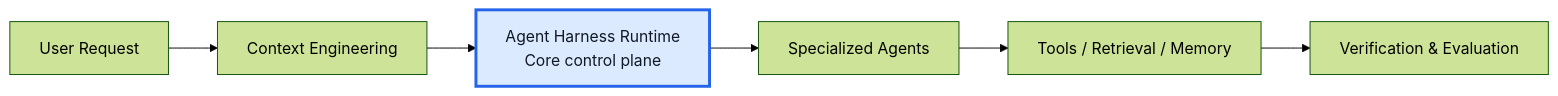
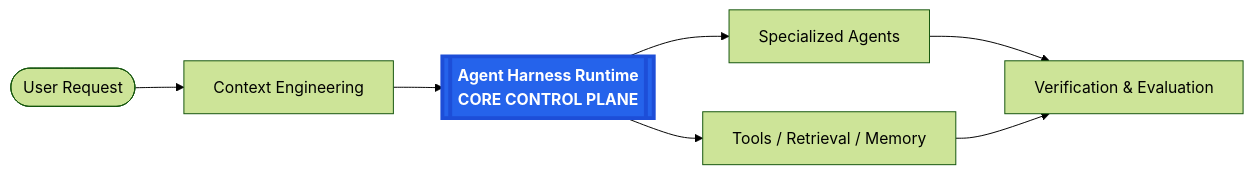
Before and after one commit to young-svg/medagent-harness: the diagram in README.md, drawn with Mermaid (forest theme). The commit also changed 1 other file, not shown here.

Commit message:
Improve architecture diagram layout

````diff
--- a/README.md
+++ b/README.md
@@ -15,14 +15,18 @@
 ```mermaid
 flowchart LR
-    REQUEST["User Request"]
+    REQUEST(["User Request"])
     CONTEXT["Context Engineering"]
-    HARNESS["Agent Harness Runtime<br/>Core control plane"]
+    HARNESS[["Agent Harness Runtime<br/>CORE CONTROL PLANE"]]
     AGENTS["Specialized Agents"]
     CAPABILITIES["Tools / Retrieval / Memory"]
     VERIFY["Verification & Evaluation"]
 
-    REQUEST --> CONTEXT --> HARNESS --> AGENTS --> CAPABILITIES --> VERIFY
+    REQUEST --> CONTEXT --> HARNESS
+    HARNESS --> AGENTS
+    HARNESS --> CAPABILITIES
+    AGENTS --> VERIFY
+    CAPABILITIES --> VERIFY
 
-    classDef core fill:#dbeafe,stroke:#2563eb,stroke-width:3px,color:#111827
+    classDef core fill:#2563eb,stroke:#1d4ed8,stroke-width:4px,color:#ffffff,font-weight:700
     class HARNESS core
 ```
````
